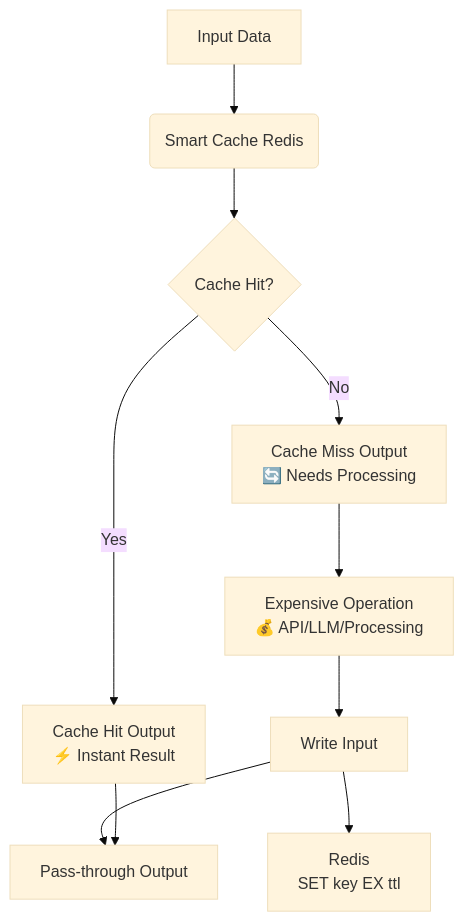
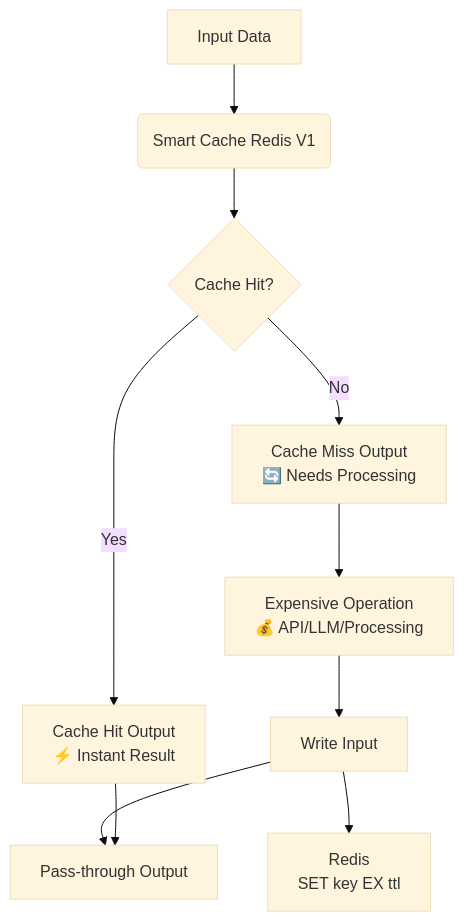
Before and after one commit to rad-orlowski/n8n-nodes-smartcache-redis: the second of 2 diagrams in README.md, drawn with Mermaid (base theme). The commit also changed other lines of this file and 9 other files, not shown here.

````diff
--- a/README.md
+++ b/README.md
@@ -26,12 +79,12 @@
 ```mermaid
 graph TD
-    A[Input Data] --> B(Smart Cache Redis)
+    A[Input Data] --> B(Smart Cache Redis V1)
     B --> C{Cache Hit?}
     C -->|Yes| D[Cache Hit Output<br/>⚡ Instant Result]
     C -->|No| E[Cache Miss Output<br/>🔄 Needs Processing]
     E --> F[Expensive Operation<br/>💰 API/LLM/Processing]
     F --> G[Write Input]
     G --> H[Redis<br/>SET key EX ttl]
     G --> I[Pass-through Output]
     D --> I
 ```
````
